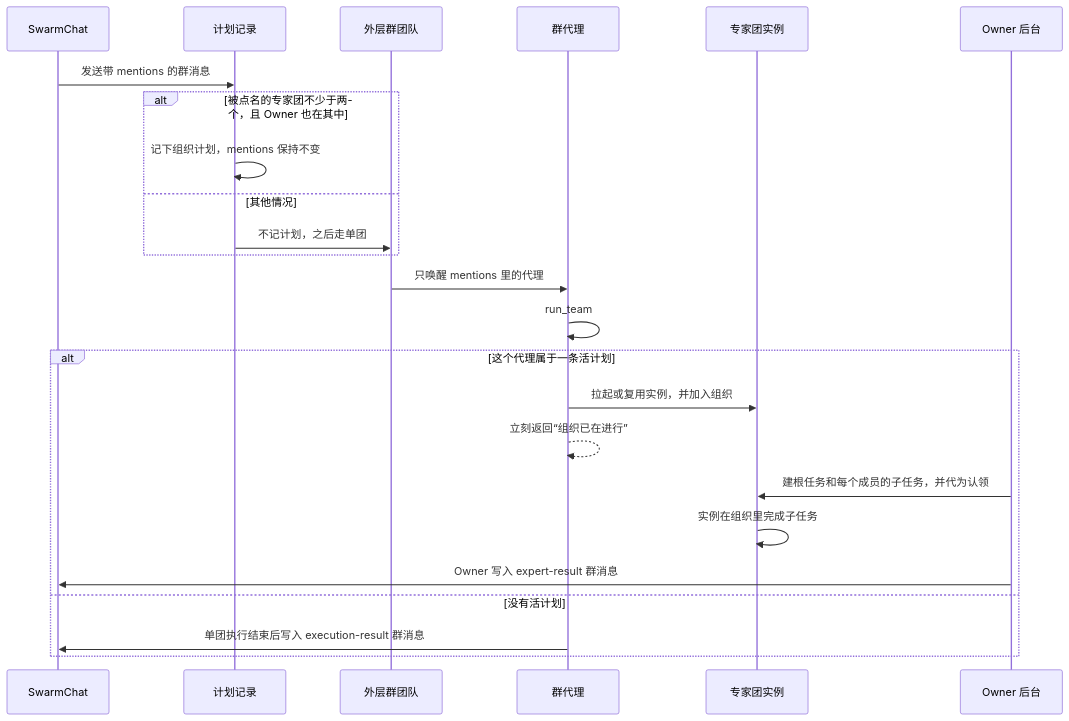
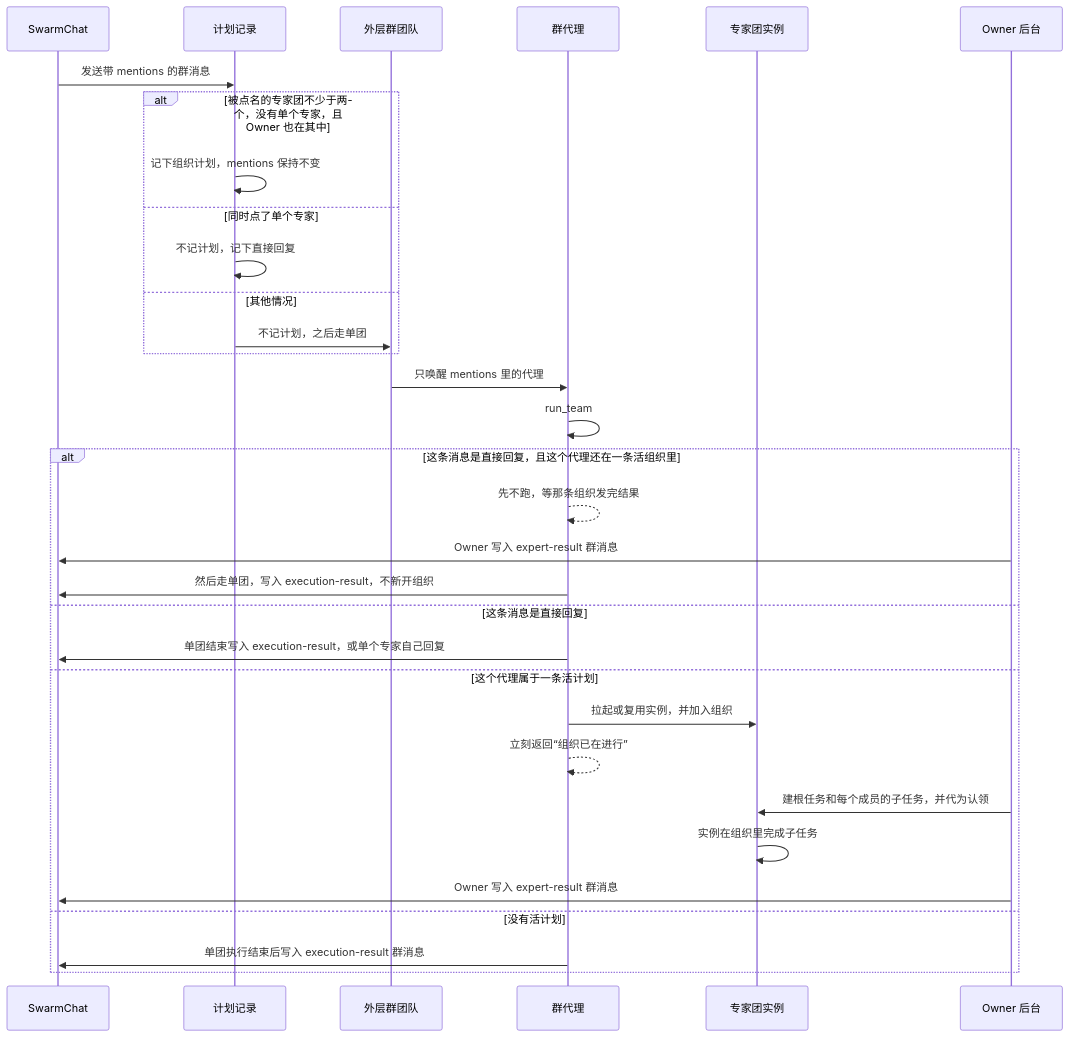
Before and after one commit to openJiuwen-ai/jiuwenswarm: the diagram in docs/zh/SwarmChat群聊专家团组织.md, drawn with Mermaid. The commit also changed other lines of this file and 6 other files, not shown here.

````diff
--- a/docs/zh/SwarmChat群聊专家团组织.md
+++ b/docs/zh/SwarmChat群聊专家团组织.md
@@ -30,27 +30,35 @@
 ```mermaid
 sequenceDiagram
     participant User as SwarmChat
     participant Gate as 计划记录
     participant Group as 外层群团队
     participant Proxy as 群代理
     participant Org as 专家团实例
     participant Owner as Owner 后台
 
     User->>Gate: 发送带 mentions 的群消息
-    alt 被点名的专家团不少于两个，且 Owner 也在其中
+    alt 被点名的专家团不少于两个，没有单个专家，且 Owner 也在其中
         Gate->>Gate: 记下组织计划，mentions 保持不变
+    else 同时点了单个专家
+        Gate->>Gate: 不记计划，记下直接回复
     else 其他情况
         Gate->>Group: 不记计划，之后走单团
     end
     Group->>Proxy: 只唤醒 mentions 里的代理
     Proxy->>Proxy: run_team
-    alt 这个代理属于一条活计划
+    alt 这条消息是直接回复，且这个代理还在一条活组织里
+        Proxy-->>Proxy: 先不跑，等那条组织发完结果
+        Owner->>User: Owner 写入 expert-result 群消息
+        Proxy->>User: 然后走单团，写入 execution-result，不新开组织
+    else 这条消息是直接回复
+        Proxy->>User: 单团结束写入 execution-result，或单个专家自己回复
+    else 这个代理属于一条活计划
         Proxy->>Org: 拉起或复用实例，并加入组织
         Proxy-->>Proxy: 立刻返回“组织已在进行”
         Owner->>Org: 建根任务和每个成员的子任务，并代为认领
         Org->>Org: 实例在组织里完成子任务
         Owner->>User: Owner 写入 expert-result 群消息
     else 没有活计划
         Proxy->>User: 单团执行结束后写入 execution-result 群消息
     end
 ```
````
